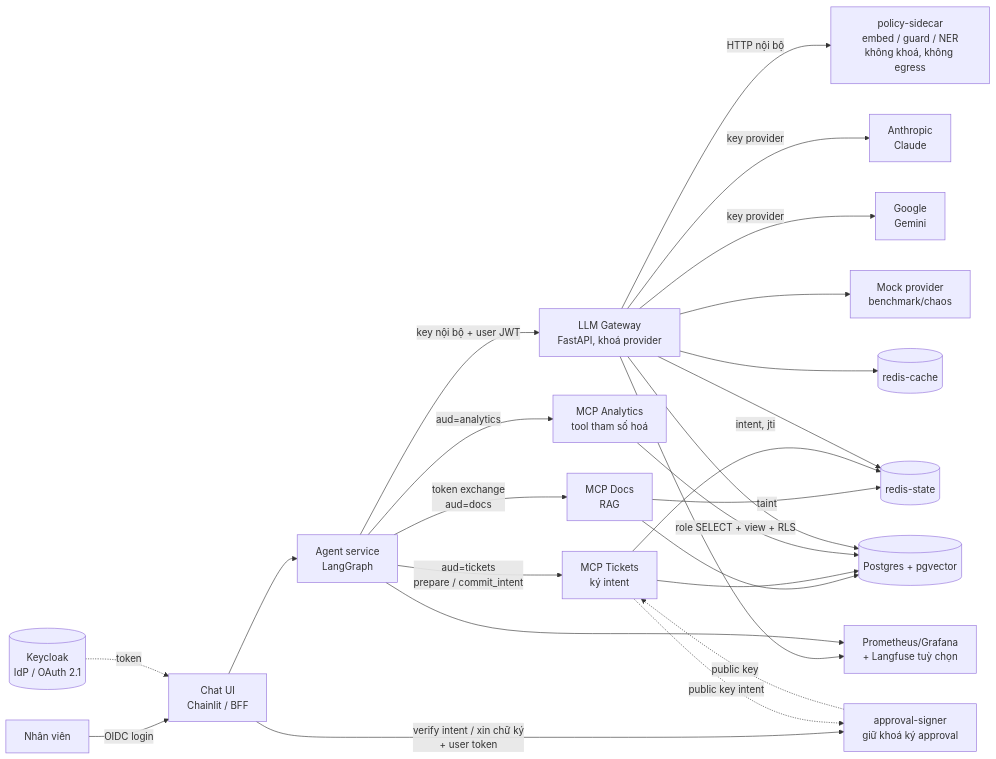
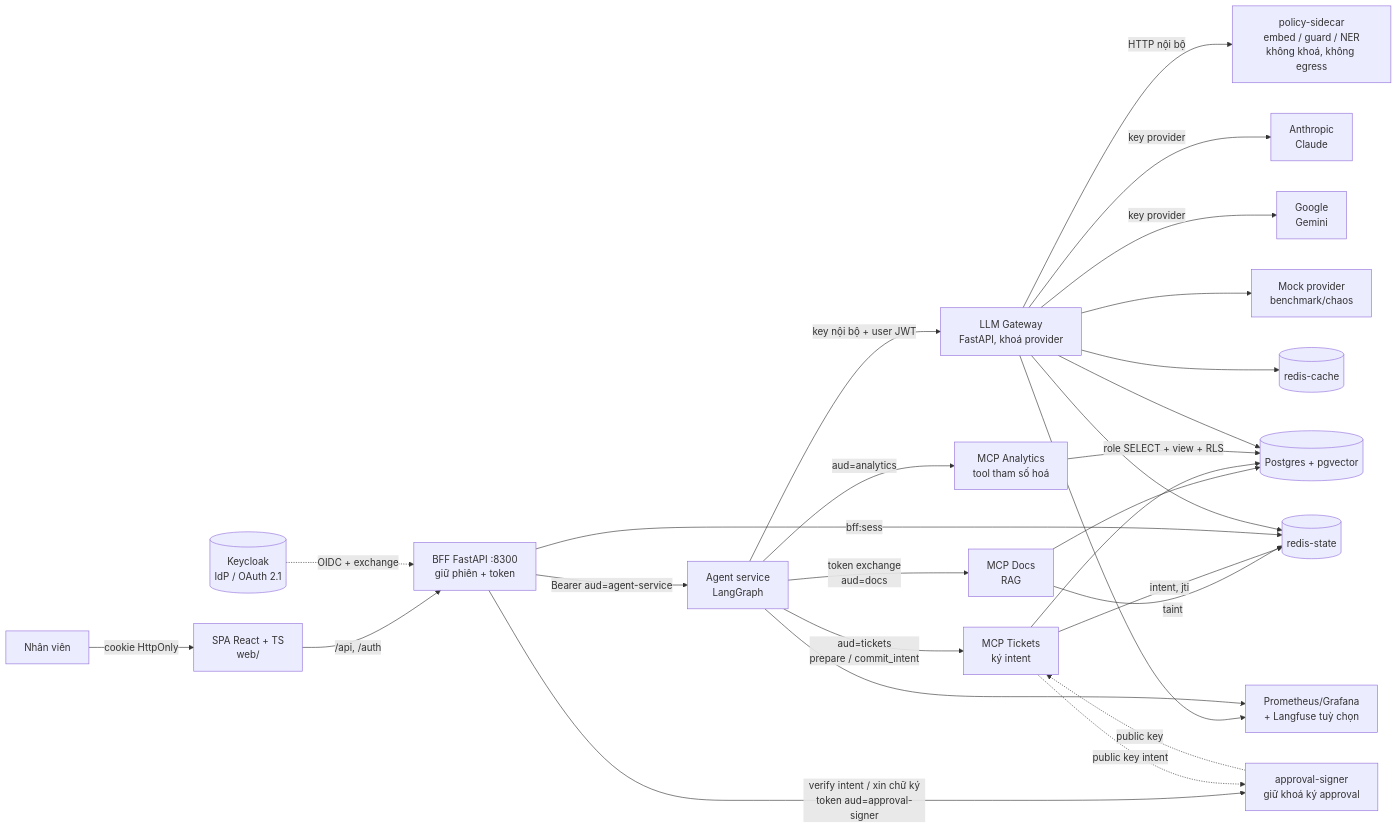
One commit to giangkh1908/Countersign changed the first of 2 diagrams in docs/SOLUTION.md. Above: the diagram before and after it, drawn with Mermaid. The commit also changed other lines of this file and 12 other files, not shown here.

First line of the commit message:
docs: chốt kế hoạch v1.3 — UI React + TS + BFF, luồng phê duyệt intent, policy-sidecar

````diff
--- a/docs/SOLUTION.md
+++ b/docs/SOLUTION.md
@@ -61,27 +61,29 @@
 ```mermaid
 flowchart LR
-  U[Nhân viên] -->|OIDC login| UI[Chat UI<br/>Chainlit / BFF]
-  UI --> AG[Agent service<br/>LangGraph]
-  KC[(Keycloak<br/>IdP / OAuth 2.1)] -.token.-> UI
-  UI -->|verify intent / xin chữ ký<br/>+ user token| SG[approval-signer<br/>giữ khoá ký approval]
+  U[Nhân viên] -->|cookie HttpOnly| SPA[SPA React + TS<br/>web/]
+  SPA -->|/api, /auth| BFF[BFF FastAPI :8300<br/>giữ phiên + token]
+  BFF -->|Bearer aud=agent-service| AG[Agent service<br/>LangGraph]
+  KC[(Keycloak<br/>IdP / OAuth 2.1)] -.OIDC + exchange.-> BFF
+  BFF -->|verify intent / xin chữ ký<br/>token aud=approval-signer| SG[approval-signer<br/>giữ khoá ký approval]
   AG -->|key nội bộ + user JWT| GW[LLM Gateway<br/>FastAPI, khoá provider]
   GW -->|HTTP nội bộ| SC[policy-sidecar<br/>embed / guard / NER<br/>không khoá, không egress]
   GW -->|key provider| P1[Anthropic<br/>Claude]
   GW -->|key provider| P2[Google<br/>Gemini]
   GW --> P3[Mock provider<br/>benchmark/chaos]
   AG -->|token exchange<br/>aud=docs| M1[MCP Docs<br/>RAG]
   AG -->|aud=tickets<br/>prepare / commit_intent| M2[MCP Tickets<br/>ký intent]
   AG -->|aud=analytics| M3[MCP Analytics<br/>tool tham số hoá]
   SG -.public key.-> M2
   M2 -.public key intent.-> SG
   M1 --> PG[(Postgres + pgvector)]
   M2 --> PG
   M3 -->|role SELECT + view + RLS| PG
   M1 -->|taint| RS[(redis-state)]
   M2 -->|intent, jti| RS
+  BFF -->|bff:sess| RS
   GW --> RS
   GW --> RC[(redis-cache)]
   GW --> PG
   GW --> OBS[Prometheus/Grafana<br/>+ Langfuse tuỳ chọn]
   AG --> OBS
 ```
````
